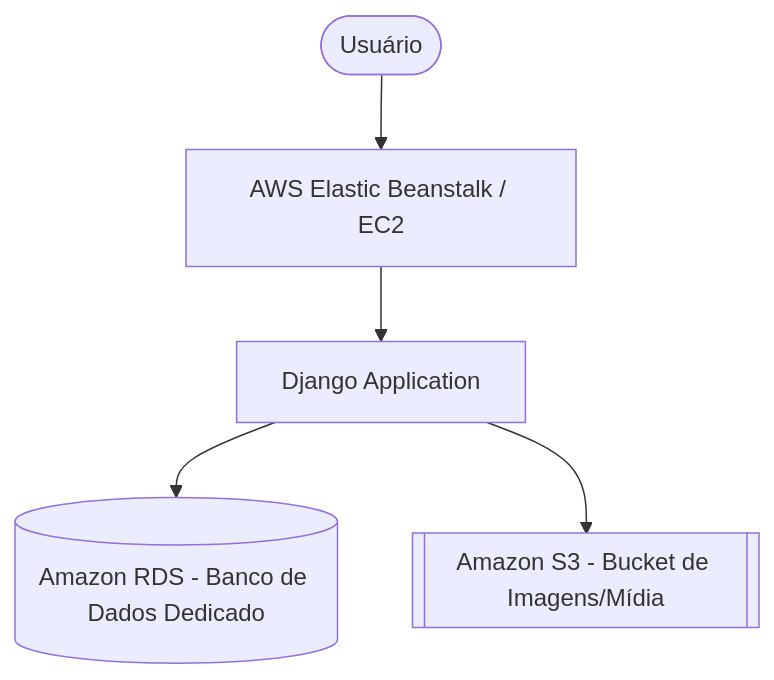
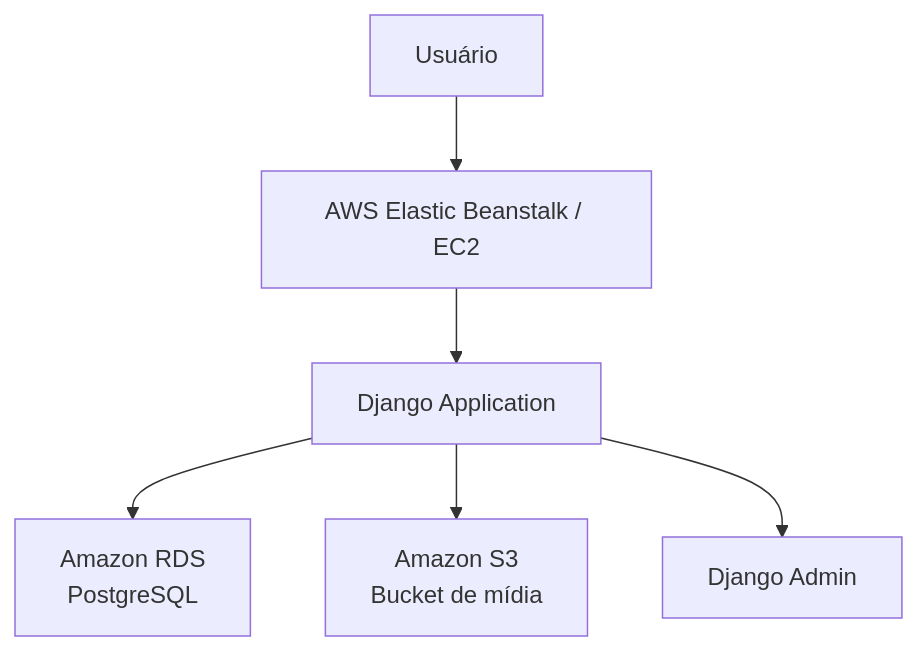
One commit to JoaoPedrodev07/Catalogo-Produtos-API-Rest changed the second of 2 diagrams in README.md. Above: the diagram before and after it, drawn with Mermaid. The commit also changed other lines of this file and 8 other files, not shown here.

````diff
--- a/README.md
+++ b/README.md
@@ -59,7 +62,8 @@
 ```mermaid
 graph TD
-    User([Usuário]) --> EB[AWS Elastic Beanstalk / EC2]
-    EB --> Django[Django Application]
-    Django --> RDS[(Amazon RDS - Banco de Dados Dedicado)]
-    Django --> S3[[Amazon S3 - Bucket de Imagens/Mídia]]
+  User["Usuário"] --> EB["AWS Elastic Beanstalk / EC2"]
+  EB --> Django["Django Application"]
+  Django --> RDS["Amazon RDS<br/>PostgreSQL"]
+  Django --> S3["Amazon S3<br/>Bucket de mídia"]
+  Django --> Admin["Django Admin"]
 ```
````
